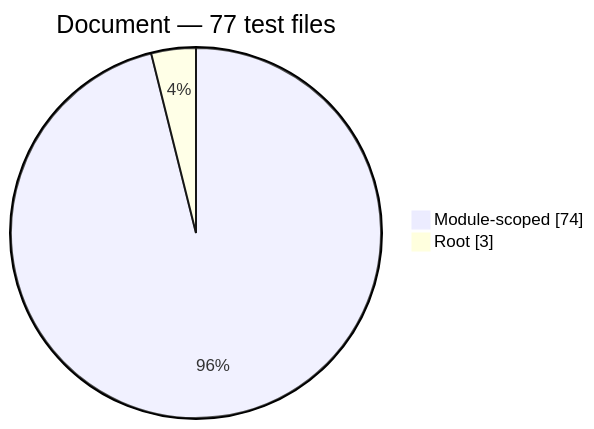
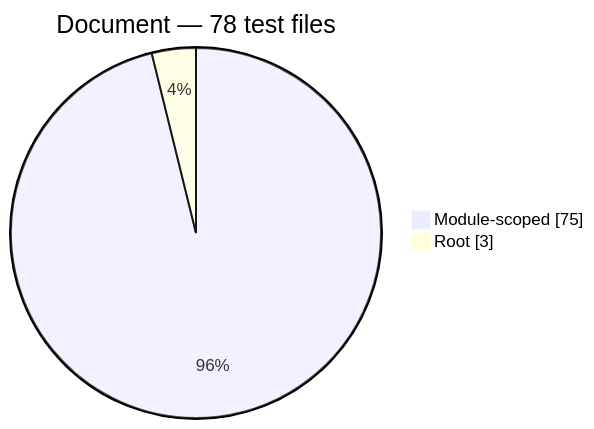
One commit to Mohammed-Alama/php-arazzo changed the fourth of 12 diagrams in docs/generated/test-composition.md. Above: the diagram before and after it, drawn with Mermaid. The commit also changed other lines of this file and 15 other files, not shown here.

````diff
--- a/docs/generated/test-composition.md
+++ b/docs/generated/test-composition.md
@@ -60,6 +60,6 @@
 ```mermaid
 pie showData
-    title Document — 77 test files
-    "Module-scoped": 74
+    title Document — 78 test files
+    "Module-scoped": 75
     "Root": 3
 ```
````
